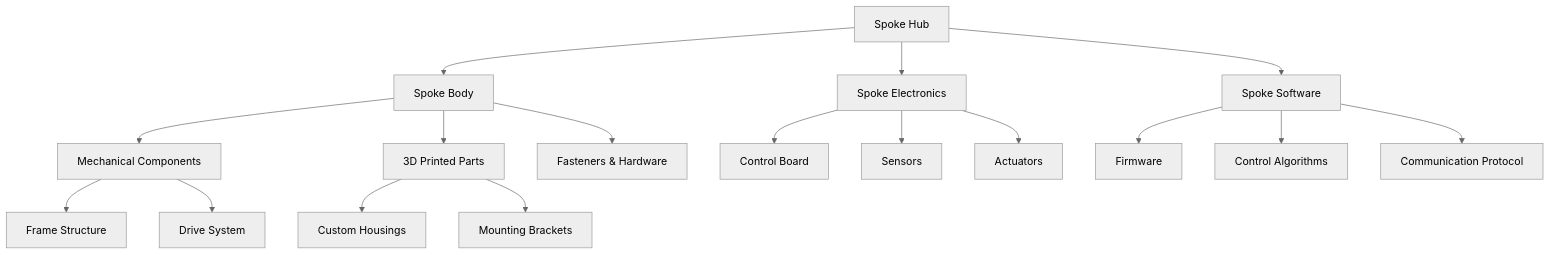
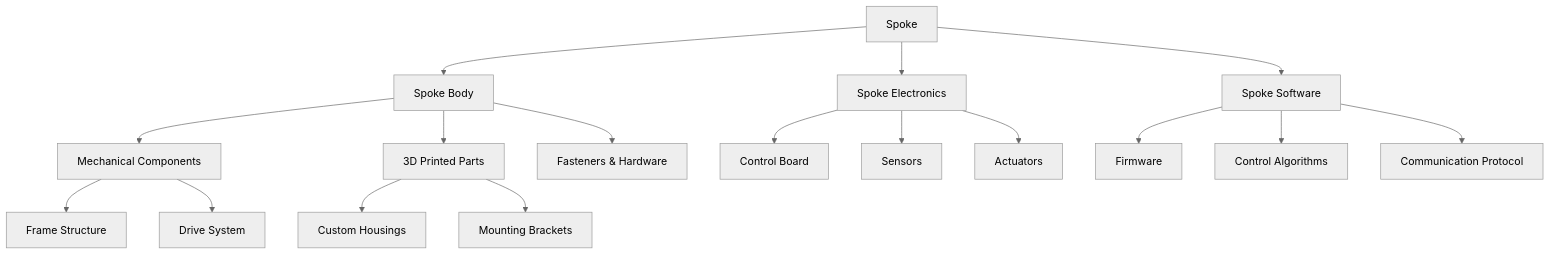
Before and after one commit to SpokeRobotics/spoke-hub: the first of 6 diagrams in spoke_overview.md, drawn with Mermaid (neutral theme). The commit also changed other lines of this file and 1 other file, not shown here.

Commit message:
preparing for diagrams

````diff
--- a/spoke_overview.md
+++ b/spoke_overview.md
@@ -14,23 +14,23 @@
-```mermaid
+```mermaid  
 graph TD
-    A[Spoke Hub] --> B[Spoke Body]
+    A[Spoke] --> B[Spoke Body]
     A --> C[Spoke Electronics]
     A --> D[Spoke Software]
     
     B --> E[Mechanical Components]
     B --> F[3D Printed Parts]
     B --> G[Fasteners & Hardware]
     
     C --> H[Control Board]
     C --> I[Sensors]
     C --> J[Actuators]
     
     D --> K[Firmware]
     D --> L[Control Algorithms]
     D --> M[Communication Protocol]
     
     E --> N[Frame Structure]
     E --> O[Drive System]
     F --> P[Custom Housings]
     F --> Q[Mounting Brackets]
 ```
````
